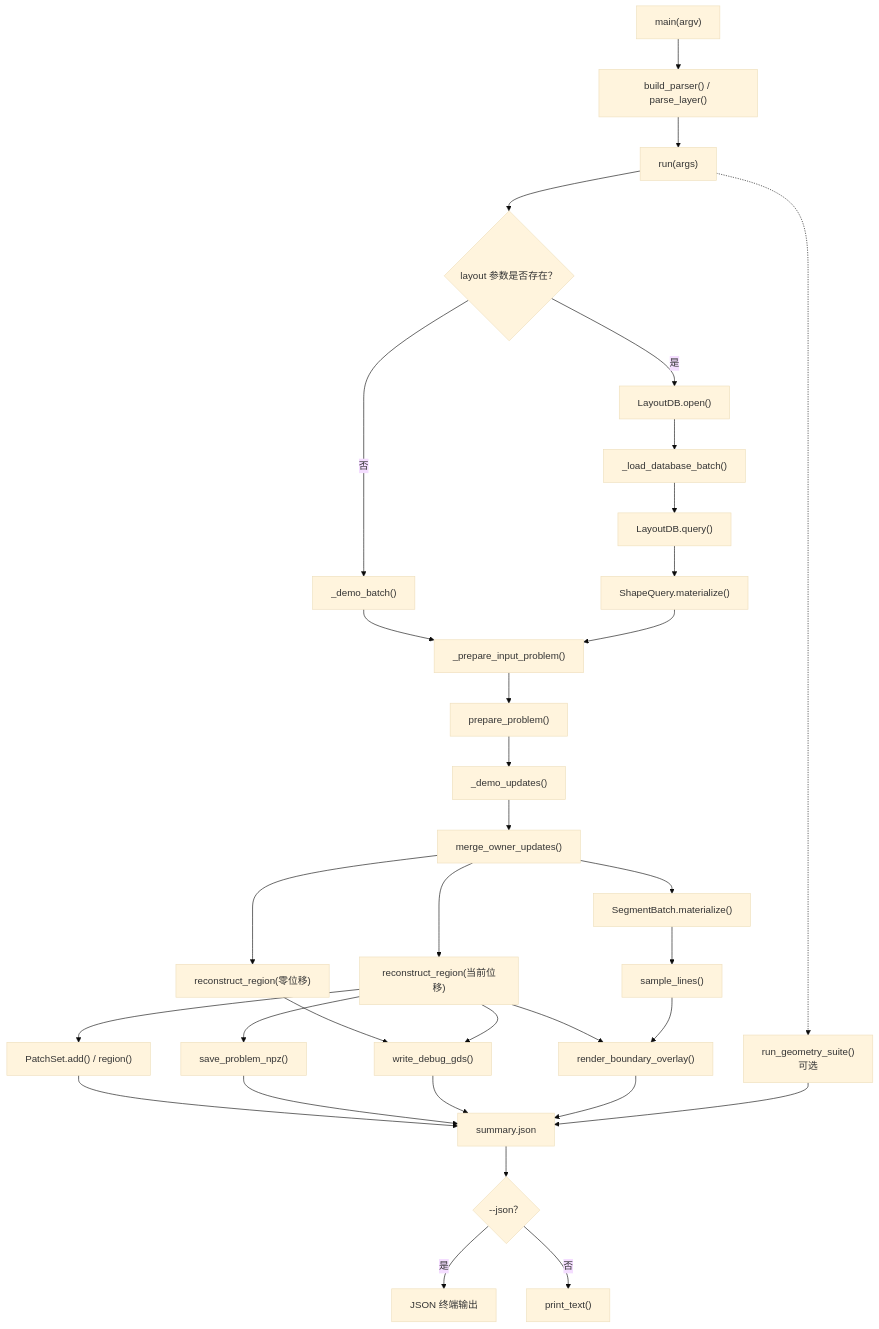
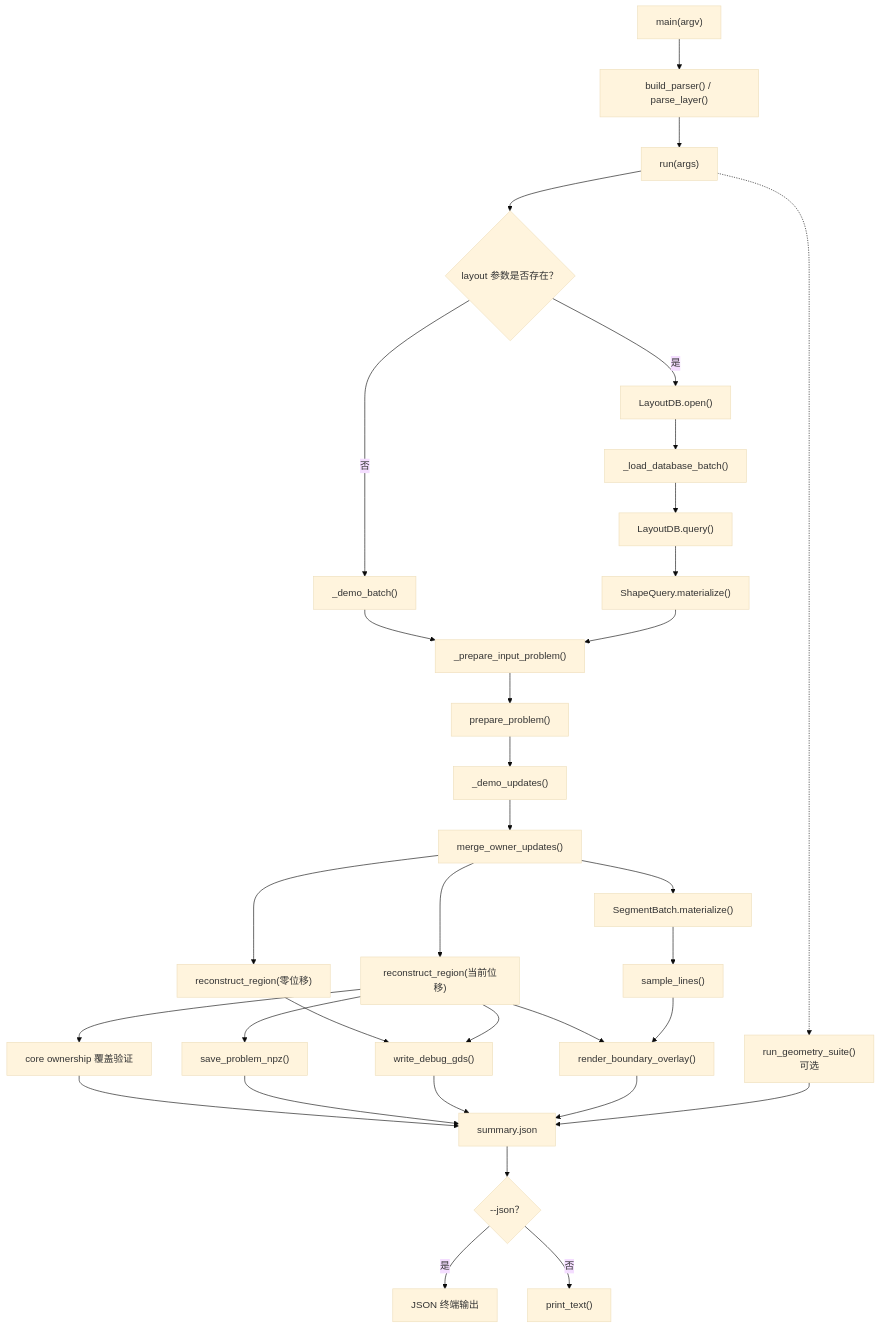
Before and after one commit to Eve429/MyOPC: the second of 9 diagrams in doc/function_call_architecture.md, drawn with Mermaid (base theme). The commit also changed other lines of this file and 10 other files, not shown here.

````diff
--- a/doc/function_call_architecture.md
+++ b/doc/function_call_architecture.md
@@ -60,40 +60,40 @@
 ```mermaid
 flowchart TD
     MAIN["main(argv)"] --> PARSER["build_parser() / parse_layer()"]
     PARSER --> RUN["run(args)"]
 
     RUN --> SOURCE{"layout 参数是否存在？"}
     SOURCE -->|"否"| DEMO["_demo_batch()"]
     SOURCE -->|"是"| OPEN["LayoutDB.open()"]
     OPEN --> LOAD["_load_database_batch()"]
     LOAD --> QUERY["LayoutDB.query()"]
     QUERY --> MATERIALIZE["ShapeQuery.materialize()"]
 
     DEMO --> PREPARE_ADAPTER["_prepare_input_problem()"]
     MATERIALIZE --> PREPARE_ADAPTER
     PREPARE_ADAPTER --> PREPARE["prepare_problem()"]
 
     PREPARE --> DEMO_UPDATE["_demo_updates()"]
     DEMO_UPDATE --> MERGE["merge_owner_updates()"]
     MERGE --> MATERIALIZE_SEG["SegmentBatch.materialize()"]
     MATERIALIZE_SEG --> SAMPLE["sample_lines()"]
     MERGE --> RECON_REF["reconstruct_region(零位移)"]
     MERGE --> RECON_MOVED["reconstruct_region(当前位移)"]
 
-    RECON_MOVED --> PATCH["PatchSet.add() / region()"]
+    RECON_MOVED --> COVERAGE["core ownership 覆盖验证"]
     RECON_MOVED --> NPZ["save_problem_npz()"]
     RECON_REF --> GDS["write_debug_gds()"]
     RECON_MOVED --> GDS
     RECON_MOVED --> PNG["render_boundary_overlay()"]
     SAMPLE --> PNG
     RUN -.-> SUITE["run_geometry_suite()\n可选"]
 
-    PATCH --> SUMMARY["summary.json"]
+    COVERAGE --> SUMMARY["summary.json"]
     NPZ --> SUMMARY
     GDS --> SUMMARY
     PNG --> SUMMARY
     SUITE --> SUMMARY
     SUMMARY --> PRINT{"--json？"}
     PRINT -->|"是"| JSON_OUT["JSON 终端输出"]
     PRINT -->|"否"| TEXT_OUT["print_text()"]
 ```
````
